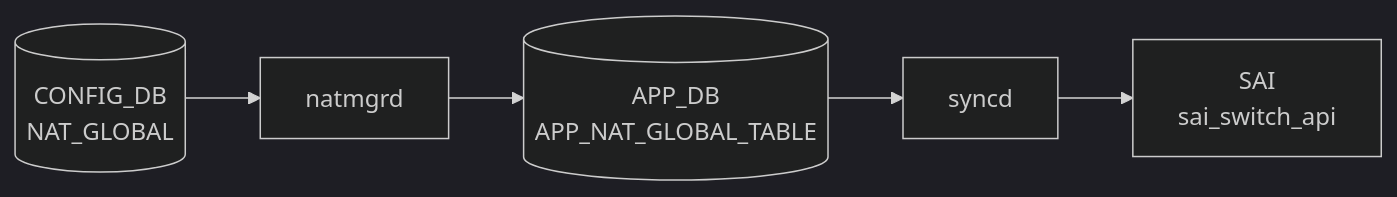
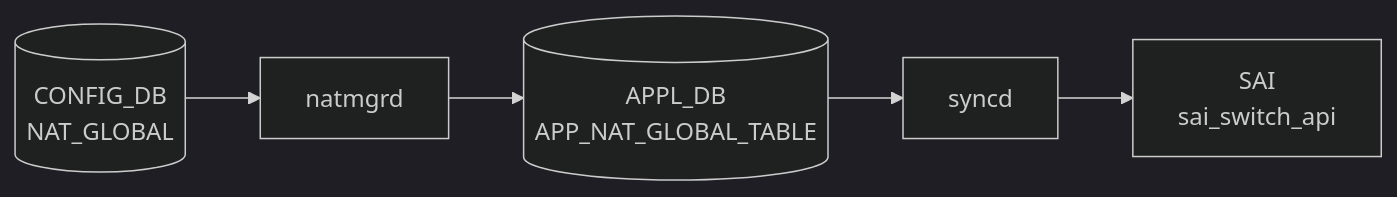
The diagram in docs/reference/config-db/nat-app.md (aoki-taquan/sonic-unofficial-docs), drawn with Mermaid (dark theme) before and after one commit. The commit also changed 91 other files, not shown here.

First line of the commit message:
fix(review-067): APP_DB→APPL_DB in mermaid labels; exclude APPL_DB pages from auto-gen

````diff
--- a/docs/reference/config-db/nat-app.md
+++ b/docs/reference/config-db/nat-app.md
@@ -44,12 +44,12 @@
 ```mermaid
 flowchart LR
   CDB[("CONFIG_DB<br/>NAT_GLOBAL")]
   DM["natmgrd"]
   CDB --> DM
-  APPDB[("APP_DB<br/>APP_NAT_GLOBAL_TABLE")]
+  APPDB[("APPL_DB<br/>APP_NAT_GLOBAL_TABLE")]
   DM --> APPDB
   SYNCD["syncd"]
   APPDB --> SYNCD
   SAI["SAI<br/>sai_switch_api"]
   SYNCD --> SAI
 ```
````
